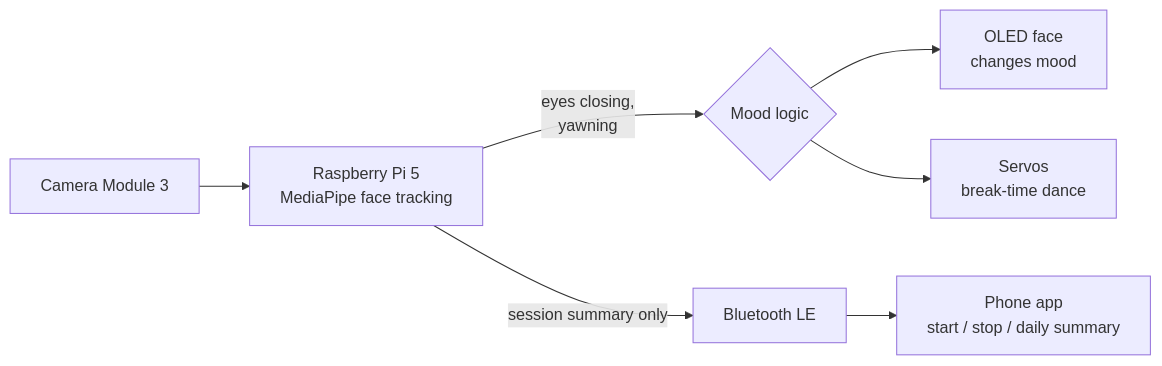
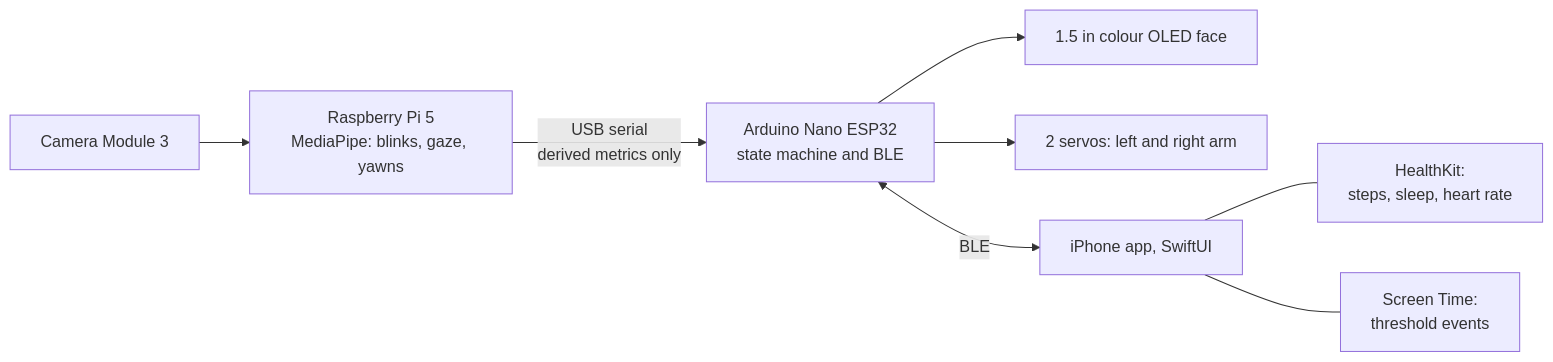
One commit to limccoll/study-break-robot changed the diagram in README.md. Above: the diagram before and after it, drawn with Mermaid. The commit also changed other lines of this file and 8 other files, not shown here.

First line of the commit message:
Replace plan with Pi vision + Nano ESP32 body + SwiftUI app design

````diff
--- a/README.md
+++ b/README.md
@@ -11,9 +23,10 @@
 ```mermaid
 flowchart LR
-    CAM[Camera Module 3] --> PI[Raspberry Pi 5<br/>MediaPipe face tracking]
-    PI -->|eyes closing,<br/>yawning| STATE{Mood logic}
-    STATE --> OLED[OLED face<br/>changes mood]
-    STATE --> SERVO[Servos<br/>break-time dance]
-    PI -->|session summary only| BLE[Bluetooth LE]
-    BLE --> APP[Phone app<br/>start / stop / daily summary]
+    CAM[Camera Module 3] --> PI[Raspberry Pi 5<br/>MediaPipe: blinks, gaze, yawns]
+    PI -->|USB serial<br/>derived metrics only| NANO[Arduino Nano ESP32<br/>state machine and BLE]
+    NANO --> OLED[1.5 in colour OLED face]
+    NANO --> ARMS[2 servos: left and right arm]
+    NANO <-->|BLE| APP[iPhone app, SwiftUI]
+    APP --- HK[HealthKit:<br/>steps, sleep, heart rate]
+    APP --- ST[Screen Time:<br/>threshold events]
 ```
````
